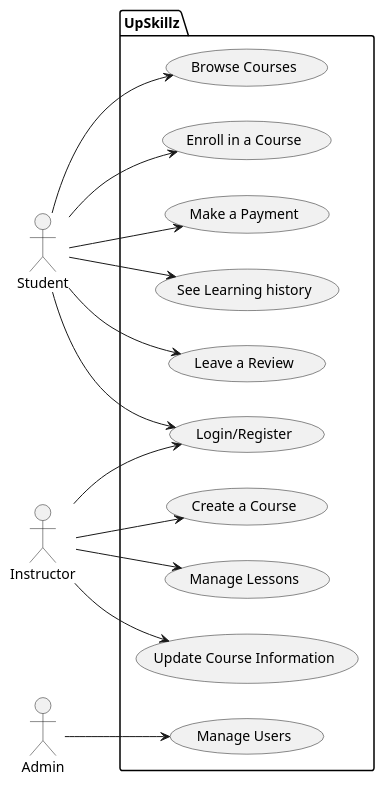
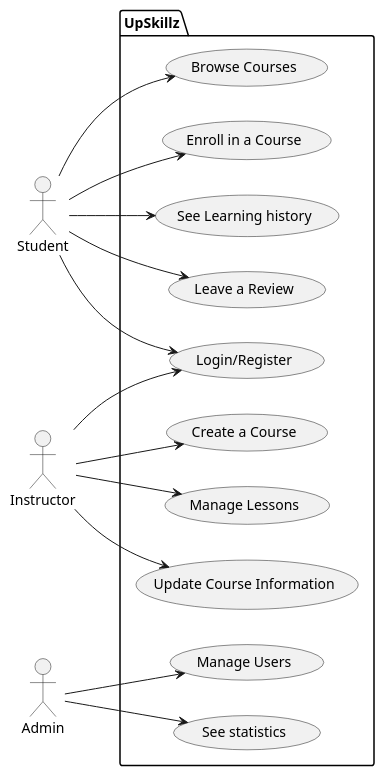
One commit to hdcola/UpSkillz changed the diagram in docs/use-case.wsd. Above: the diagram before and after it, drawn with PlantUML. The commit also changed 2 other files, not shown here.

```diff
--- a/docs/use-case.wsd
+++ b/docs/use-case.wsd
@@ -1,38 +1,38 @@
 @startuml
 
 left to right direction
 
 actor Student
 actor Instructor
 actor Admin
 
 package "UpSkillz" {
     usecase "Browse Courses" as UC1
     usecase "Enroll in a Course" as UC2
-    usecase "Make a Payment" as UC3
     usecase "See Learning history" as UC11
     usecase "Leave a Review" as UC5
     usecase "Login/Register" as UC10
 
     usecase "Create a Course" as UC6
     usecase "Manage Lessons" as UC7
     usecase "Update Course Information" as UC8
 
     usecase "Manage Users" as UC9
+    usecase "See statistics" as UC12
 }
 
 Student --> UC1
 Student --> UC2
-Student --> UC3
 Student --> UC11
 Student --> UC5
 Student --> UC10
 
 Instructor --> UC10
 Instructor --> UC6
 Instructor --> UC7
 Instructor --> UC8
 
 Admin --> UC9
+Admin --> UC12
 
 @enduml
```
